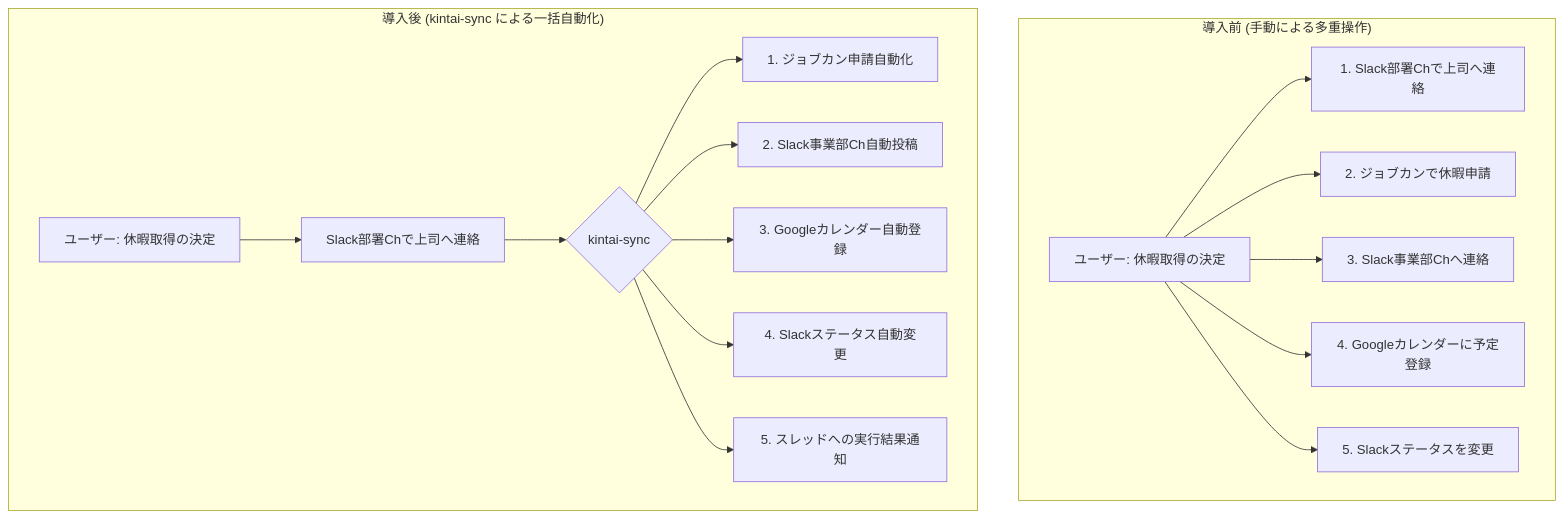
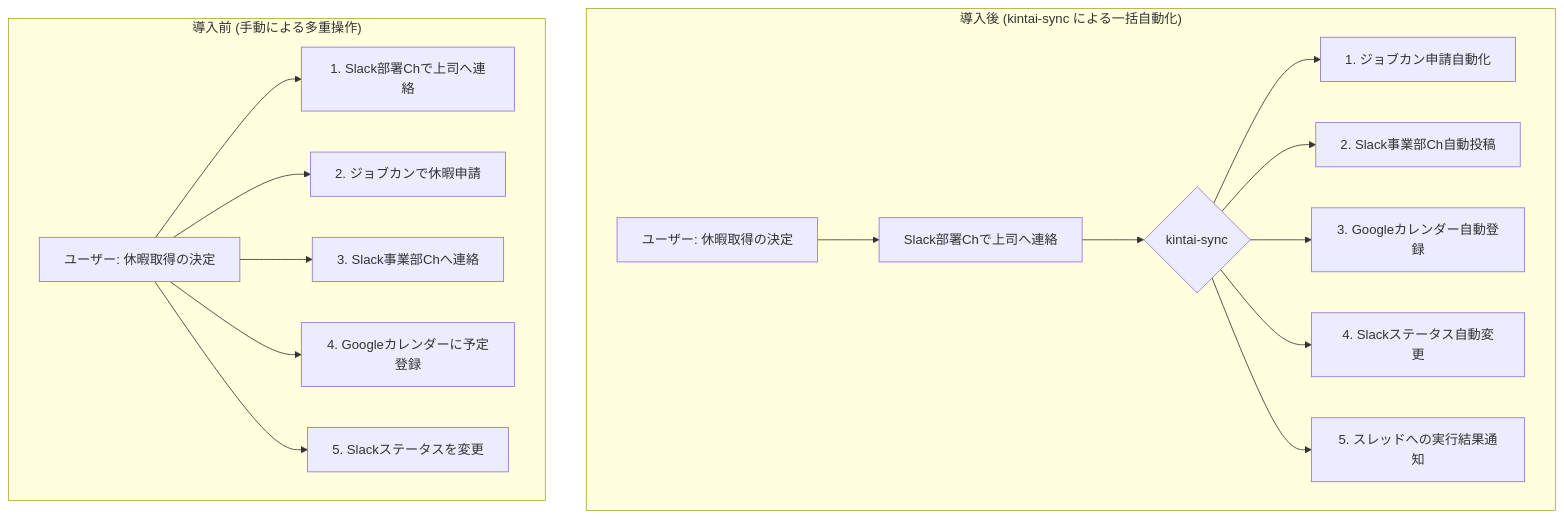
The first of 3 diagrams in docs/requirements.md (ea-Mitsuoka/kintai-sync), drawn with Mermaid before and after one commit. The commit also changed other lines of this file, not shown here.

Commit message:
docs: reorder flowchart to improve clarity of manual operations before kintai-sync implementation

````diff
--- a/docs/requirements.md
+++ b/docs/requirements.md
@@ -58,20 +58,20 @@
 ```mermaid
 graph TD
-    subgraph "導入前 (手動による多重操作)"
-        A["ユーザー: 休暇取得の決定"] --> B["1. Slack部署Chで上司へ連絡"]
-        A --> C["2. ジョブカンで休暇申請"]
-        A --> D["3. Slack事業部Chへ連絡"]
-        A --> E["4. Googleカレンダーに予定登録"]
-        A --> F["5. Slackステータスを変更"]
-    end
-
     subgraph "導入後 (kintai-sync による一括自動化)"
         G["ユーザー: 休暇取得の決定"] --> H["Slack部署Chで上司へ連絡"]
         H --> I{"kintai-sync"}
         I --> J["1. ジョブカン申請自動化"]
         I --> K["2. Slack事業部Ch自動投稿"]
         I --> L["3. Googleカレンダー自動登録"]
         I --> M["4. Slackステータス自動変更"]
         I --> N["5. スレッドへの実行結果通知"]
     end
+
+    subgraph "導入前 (手動による多重操作)"
+        A["ユーザー: 休暇取得の決定"] --> B["1. Slack部署Chで上司へ連絡"]
+        A --> C["2. ジョブカンで休暇申請"]
+        A --> D["3. Slack事業部Chへ連絡"]
+        A --> E["4. Googleカレンダーに予定登録"]
+        A --> F["5. Slackステータスを変更"]
+    end
 ```
````
